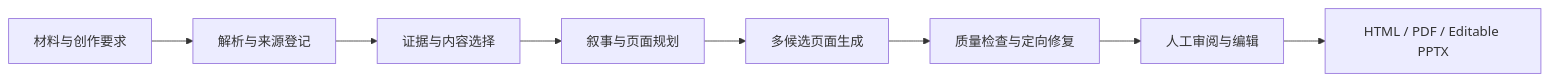
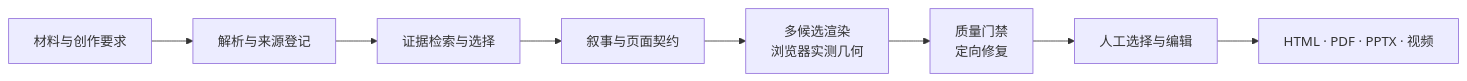
The diagram in README.md (star031104/yingzhang-ai-ppt), drawn with Mermaid before and after one commit. The commit also changed other lines of this file and 194 other files, not shown here.

````diff
--- a/README.md
+++ b/README.md
@@ -68,10 +93,10 @@
 ```mermaid
 flowchart LR
     A[材料与创作要求] --> B[解析与来源登记]
-    B --> C[证据与内容选择]
-    C --> D[叙事与页面规划]
-    D --> E[多候选页面生成]
-    E --> F[质量检查与定向修复]
-    F --> G[人工审阅与编辑]
-    G --> H[HTML / PDF / Editable PPTX]
+    B --> C[证据检索与选择]
+    C --> D[叙事与页面契约]
+    D --> E[多候选渲染<br/>浏览器实测几何]
+    E --> F[质量门禁<br/>定向修复]
+    F --> G[人工选择与编辑]
+    G --> H[HTML · PDF · PPTX · 视频]
 ```
````
